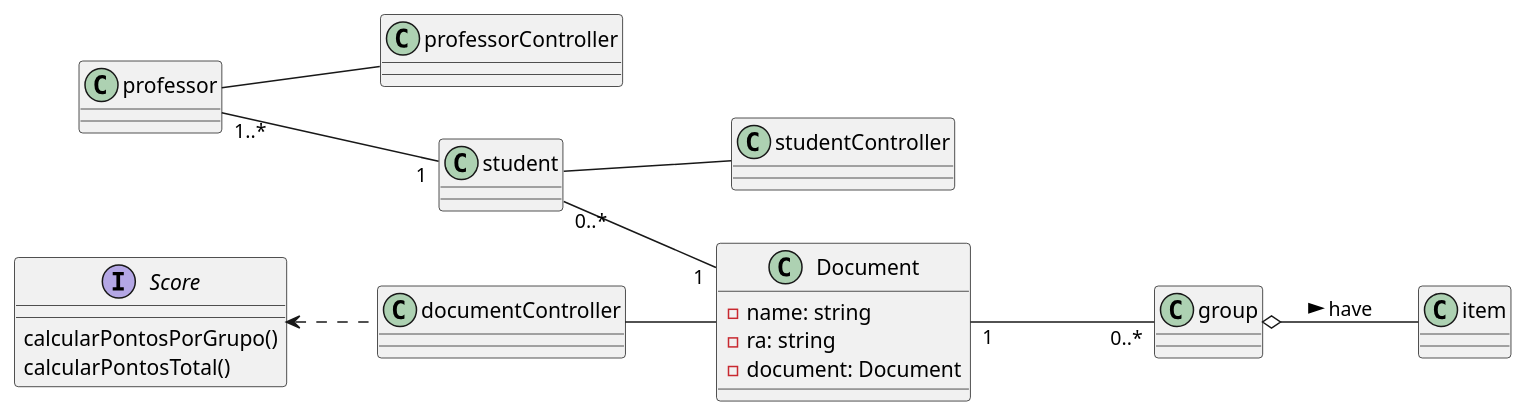
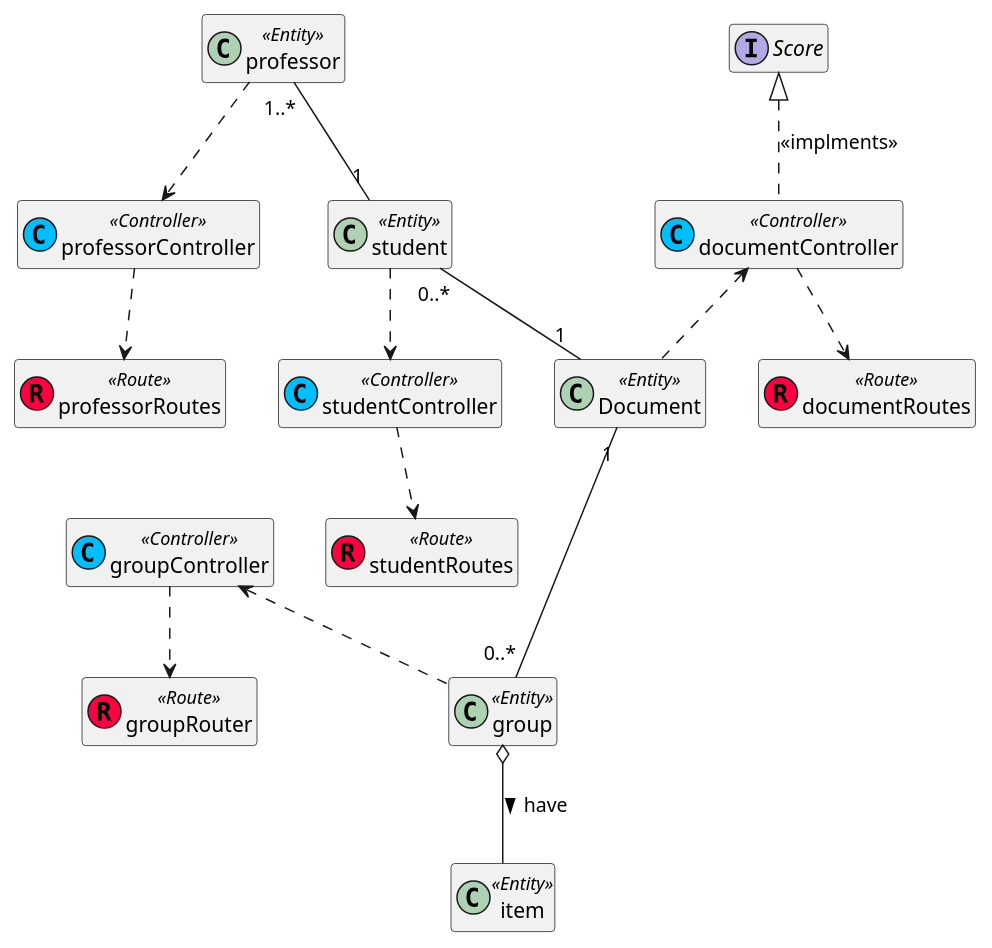
One commit to rodrigoRolim/CAdiagrams changed the diagram in classdiagram/CAdiagramclass.wsd. Above: the diagram before and after it, drawn with PlantUML.

Commit message:
refactir diagram

```diff
--- a/classdiagram/CAdiagramclass.wsd
+++ b/classdiagram/CAdiagramclass.wsd
@@ -1,31 +1,64 @@
 @startuml
-left to right direction
-class Document {
+
+hide members
+class Document <<Entity>>{
     -name: string
     -ra: string
     -document: Document
 }
-class student
-class professor
-class group
-class item
-class documentController
-class studentController
-class professorController
+class student <<Entity>> { 
 
+}
+class professor <<Entity>> {
+
+}
+class group <<Entity>> {
+
+}
+class item <<Entity>> {
+
+}
+class documentController <<(C, #00bfff)Controller>> {
+
+}
+class studentController <<(C, #00bfff)Controller>> {
+
+}
+class professorController <<(C, #00bfff)Controller>> {
+
+}
+class professorRoutes <<(R, #ff0040)Route>> {
+
+}
+class studentRoutes <<(R, #ff0040)Route>> {
+
+}
+class documentRoutes  <<(R, #ff0040)Route>> {
+
+}
+class groupController <<(C, #00bfff) Controller>> {
+
+}
+class groupRouter <<(R, #ff0040)Route>> {
+
+}
 interface Score {
     calcularPontosPorGrupo()
     calcularPontosTotal()
 }
 Document "1" --- "0..*" group
 group o-- item: have >
-documentController -- Document
+documentController <.. Document
 
-student -- studentController
-professor -- professorController
+student ..> studentController
+professor ..> professorController
 professor "1..*" -- "1" student
 student "0..*" -- "1" Document
 
-
-Score <.. documentController
+documentController ..> documentRoutes
+studentController ..> studentRoutes
+professorController ..> professorRoutes
+groupController <.. group
+groupController ..> groupRouter
+Score <|.. documentController: <<implments>>
 @enduml
```
